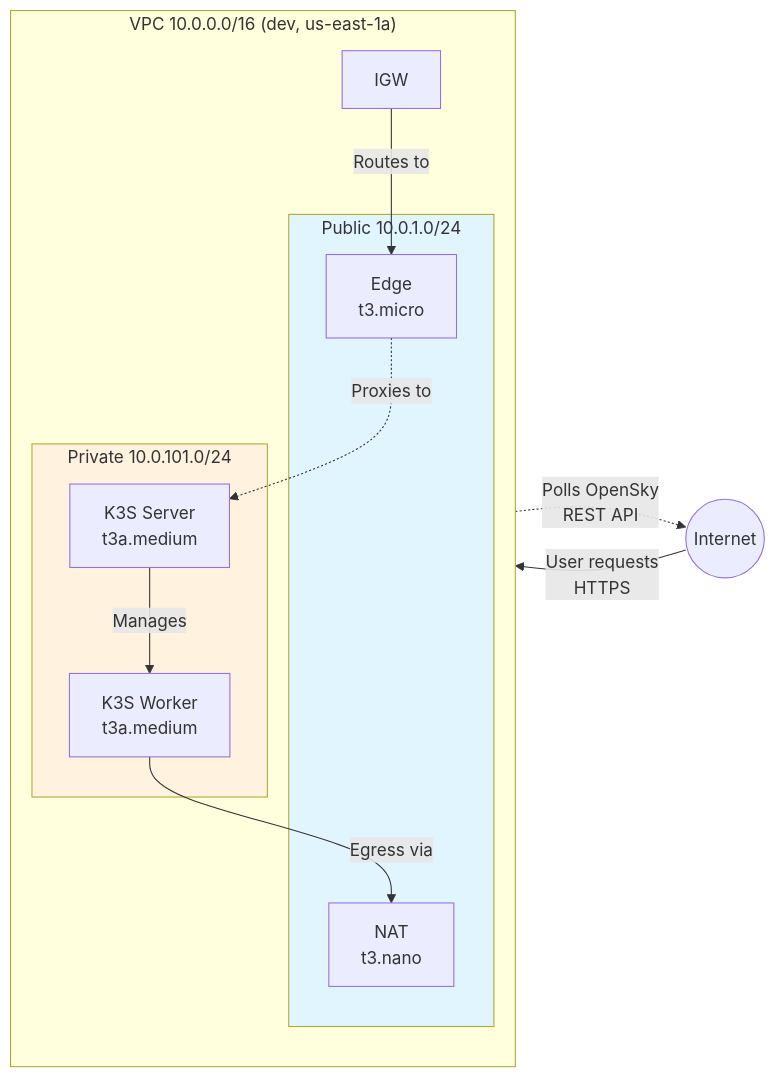
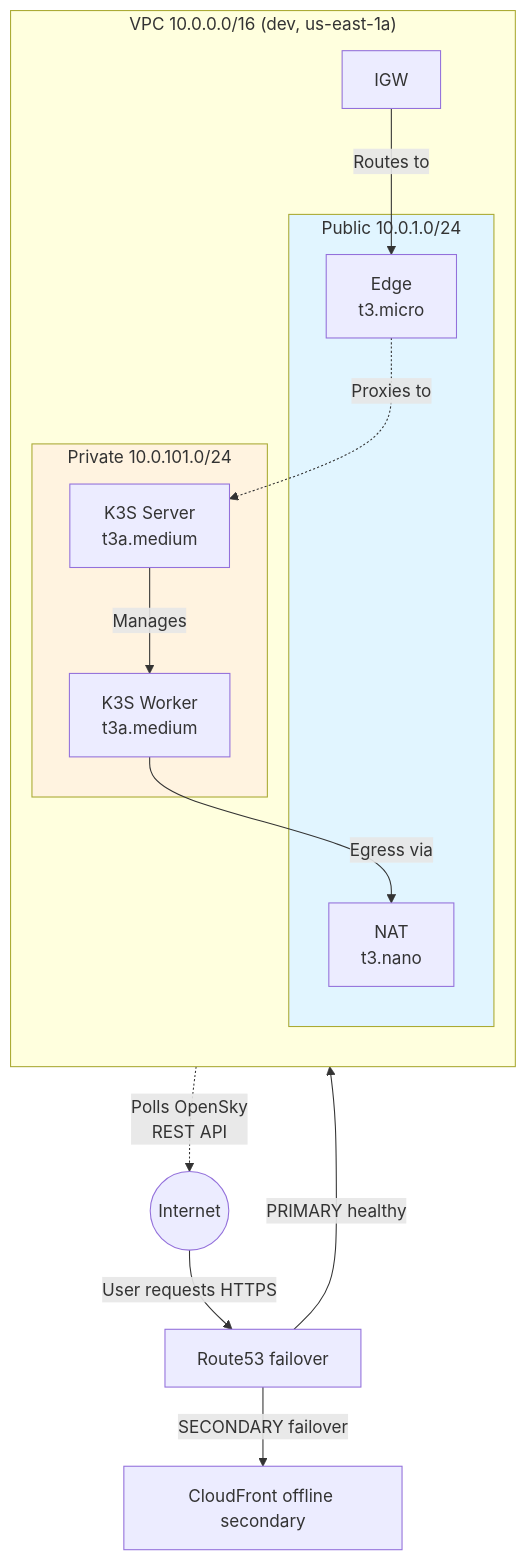
The second of 10 diagrams in docs/architecture/technical-architecture-summary.md (ClementV78/CloudRadar), drawn with Mermaid before and after one commit. The commit also changed other lines of this file and 20 other files, not shown here.

First line of the commit message:
feat(edge): add offline fallback landing path and contact flow

````diff
--- a/docs/architecture/technical-architecture-summary.md
+++ b/docs/architecture/technical-architecture-summary.md
@@ -97,29 +108,33 @@
 ```mermaid
-graph LR
+graph TB
     INTERNET((Internet))
+    R53[Route53 failover]
+    CF[CloudFront offline secondary]
     
     subgraph VPC["VPC 10.0.0.0/16 (dev, us-east-1a)"]
         IGW[IGW]
         
         direction TB
         subgraph Public["Public 10.0.1.0/24"]
             EDGE[Edge<br/>t3.micro]
             NAT[NAT<br/>t3.nano]
         end
 
         subgraph Private["Private 10.0.101.0/24"]
             K3S_S[K3S Server<br/>t3a.medium]
             K3S_W[K3S Worker<br/>t3a.medium]
         end
     end
     
-    INTERNET -->|User requests<br/>HTTPS| IGW
+    INTERNET -->|User requests HTTPS| R53
+    R53 -->|PRIMARY healthy| IGW
+    R53 -->|SECONDARY failover| CF
     IGW -->|Routes to| EDGE
     EDGE -.->|Proxies to| K3S_S
     K3S_S -->|Manages| K3S_W
     K3S_W -->|Egress via| NAT
     NAT -.->|Polls OpenSky<br/>REST API| INTERNET
 
     style Public fill:#e1f5ff
     style Private fill:#fff3e0
 ```
````
